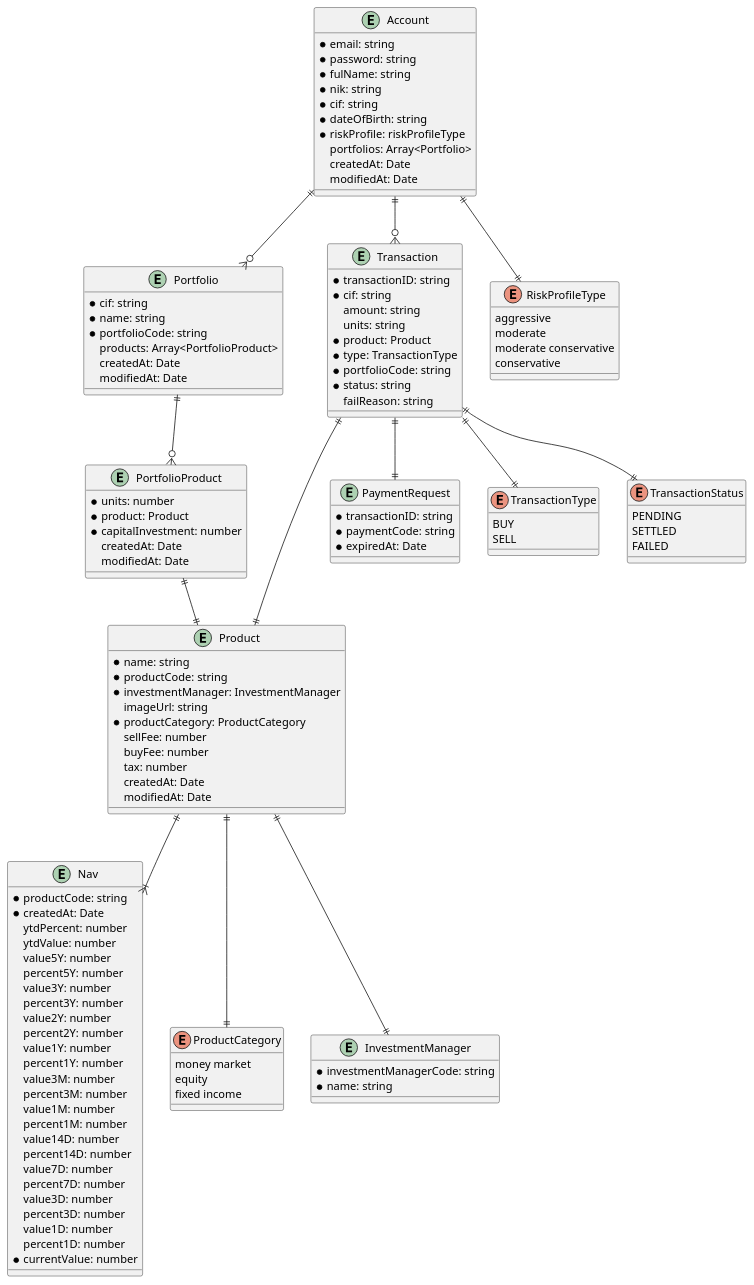
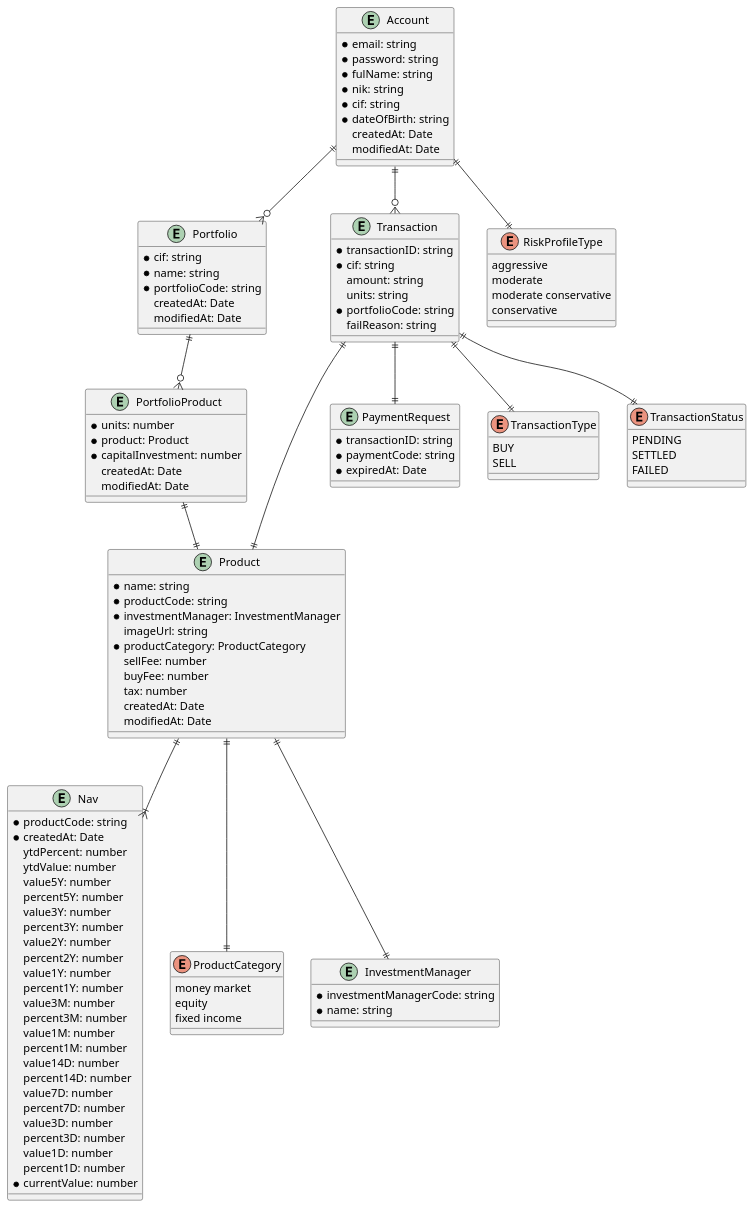
The diagram in database-design.puml (ilhamtubagus/mug-jakarta-mutual-funds), drawn with PlantUML before and after one commit.

Commit message:
Update database design

```diff
--- a/database-design.puml
+++ b/database-design.puml
@@ -1,133 +1,127 @@
 @startuml
 
 entity Account {
     *email: string
     *password: string
     *fulName: string
     *nik: string
     *cif: string
     *dateOfBirth: string
-    *riskProfile: riskProfileType
-    portfolios: Array<Portfolio>
     createdAt: Date
     modifiedAt: Date
 }
 
 entity Portfolio {
     *cif: string
     *name: string
     *portfolioCode: string
-    products: Array<PortfolioProduct>
     createdAt: Date
     modifiedAt: Date
 }
 
 entity PortfolioProduct {
     *units: number
     *product: Product
     *capitalInvestment: number
     createdAt: Date
     modifiedAt: Date
 }
 
 entity Product {
     *name: string
     *productCode: string
     *investmentManager: InvestmentManager
     imageUrl: string
     *productCategory: ProductCategory
     sellFee: number
     buyFee: number
     tax: number
     createdAt: Date
     modifiedAt: Date
 }
 
 entity Nav {
     *productCode: string
     *createdAt: Date
     ytdPercent: number
     ytdValue: number
     value5Y: number
     percent5Y: number
     value3Y: number
     percent3Y: number
     value2Y: number
     percent2Y: number
     value1Y: number
     percent1Y: number
     value3M: number
     percent3M: number
     value1M: number
     percent1M: number
     value14D: number
     percent14D: number
     value7D: number
     percent7D: number
     value3D: number
     percent3D: number
     value1D: number
     percent1D: number
     *currentValue: number
 }
 
 enum ProductCategory {
     money market
     equity
     fixed income
 }
 
 entity Transaction {
     *transactionID: string
     *cif: string
     amount: string
     units: string
-    *product: Product
-    *type: TransactionType
     *portfolioCode: string
-    *status: string
     failReason: string
 }
 
 entity "PaymentRequest" {
     *transactionID: string
     *paymentCode: string
     *expiredAt: Date
 }
 
 enum TransactionType {
     BUY
     SELL
 }
 
 enum TransactionStatus {
     PENDING
     SETTLED
     FAILED
 }
 
 enum RiskProfileType{
     aggressive
     moderate
     moderate conservative
     conservative
 }
 
 entity InvestmentManager {
     *investmentManagerCode: string
     *name: string
 }
 
 Product ||--|| ProductCategory
 Product ||--|{ Nav
 PortfolioProduct ||--|| Product
 Product ||--|| InvestmentManager
 Portfolio ||--o{ PortfolioProduct
 Account ||--o{ Portfolio
 Account ||--o{ Transaction
 Transaction ||--|| TransactionStatus
 Transaction ||--|| TransactionType
 Account ||--|| RiskProfileType
 Transaction ||--|| "PaymentRequest"
 Transaction ||--|| Product
 @enduml
```
